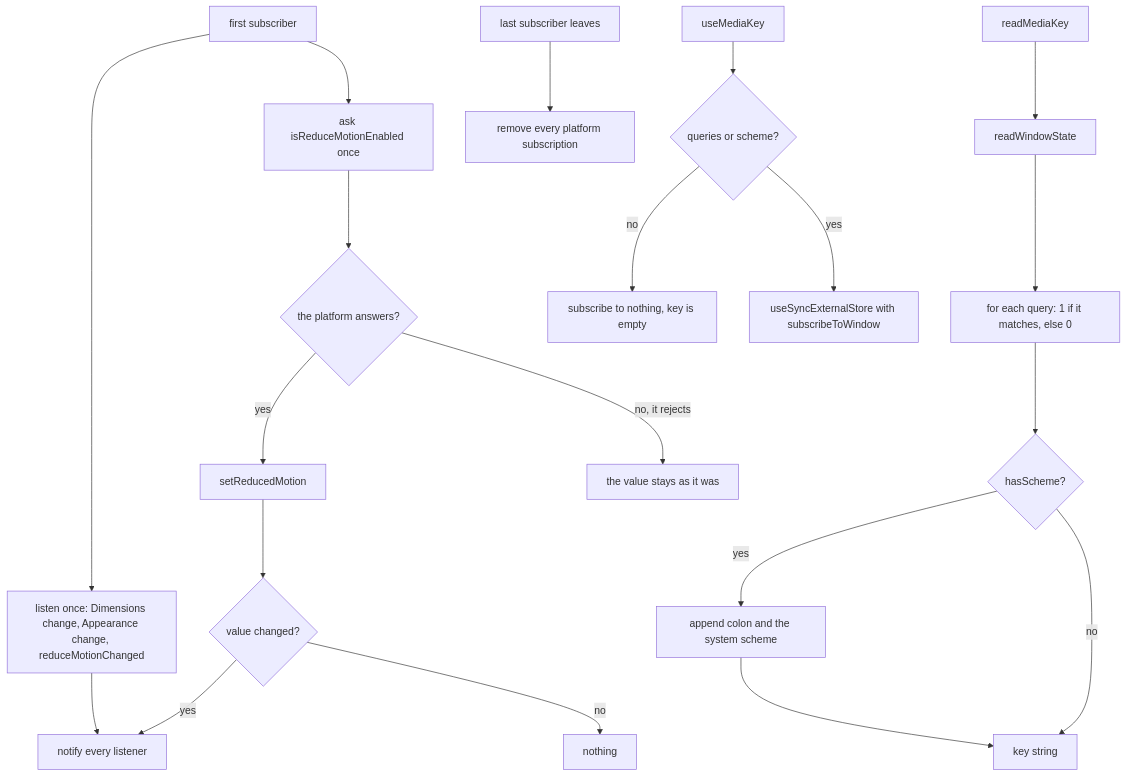
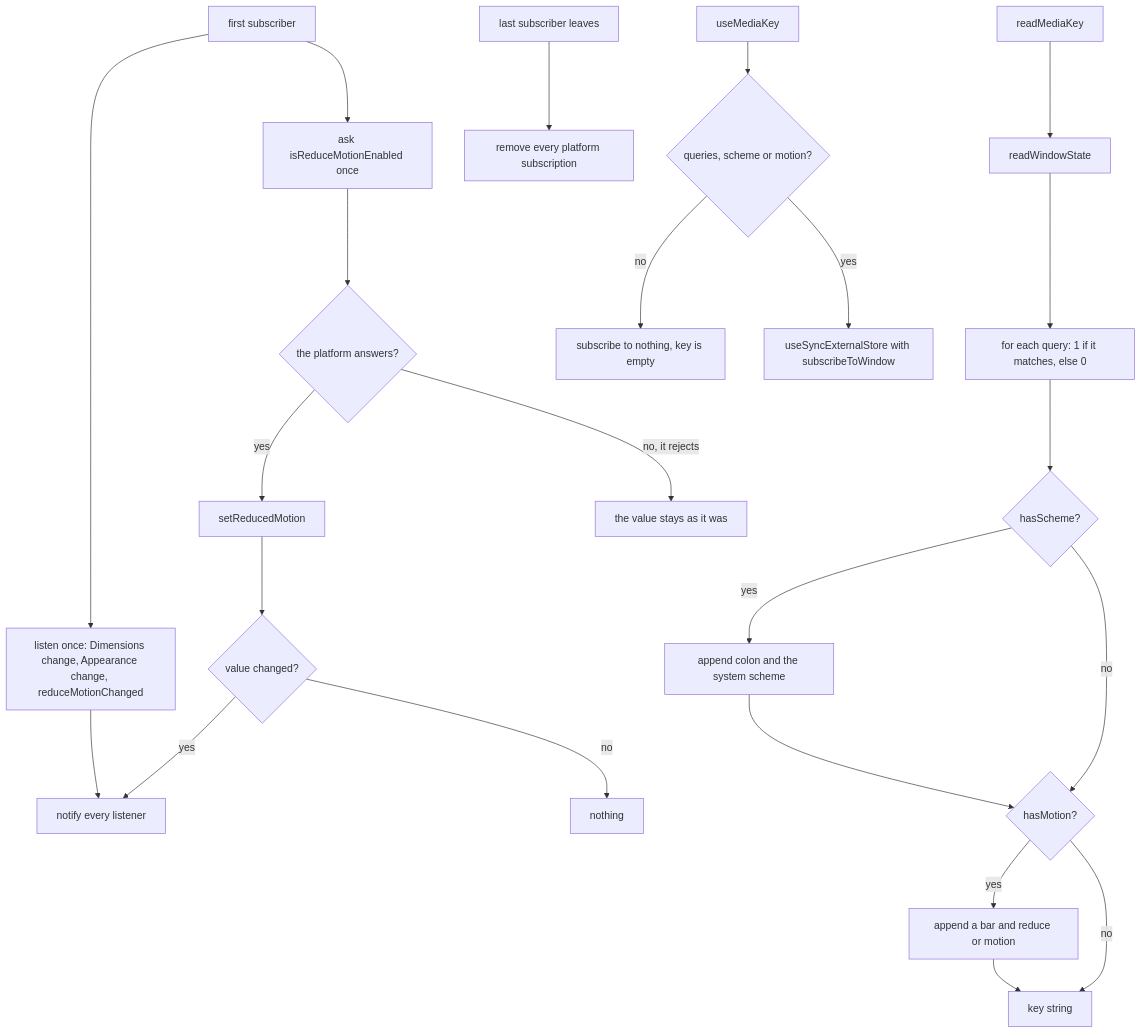
The diagram in packages/react-native/src/windowState.md (soroush-tech/umber-style), drawn with Mermaid before and after one commit. The commit also changed other lines of this file and 93 other files, not shown here.

````diff
--- a/packages/react-native/src/windowState.md
+++ b/packages/react-native/src/windowState.md
@@ -19,22 +20,25 @@
 ```mermaid
 flowchart TD
   sub["first subscriber"] --> listen["listen once: Dimensions change, Appearance change, reduceMotionChanged"]
   sub --> ask["ask isReduceMotionEnabled once"]
   ask --> answered{"the platform answers?"}
   answered -->|"yes"| setrm["setReducedMotion"]
   answered -->|"no, it rejects"| keep["the value stays as it was"]
   listen --> notify["notify every listener"]
   setrm --> diff{"value changed?"}
   diff -->|"yes"| notify
   diff -->|"no"| stop["nothing"]
   last["last subscriber leaves"] --> rm["remove every platform subscription"]
   key["readMediaKey"] --> st["readWindowState"]
   st --> loop["for each query: 1 if it matches, else 0"]
   loop --> sch{"hasScheme?"}
   sch -->|"yes"| add["append colon and the system scheme"]
-  sch -->|"no"| out["key string"]
-  add --> out
-  hook["useMediaKey"] --> need{"queries or scheme?"}
+  sch -->|"no"| motionQ{"hasMotion?"}
+  add --> motionQ
+  motionQ -->|"yes"| addMotion["append a bar and reduce or motion"]
+  motionQ -->|"no"| out["key string"]
+  addMotion --> out
+  hook["useMediaKey"] --> need{"queries, scheme or motion?"}
   need -->|"no"| none["subscribe to nothing, key is empty"]
   need -->|"yes"| uses["useSyncExternalStore with subscribeToWindow"]
 ```
````
